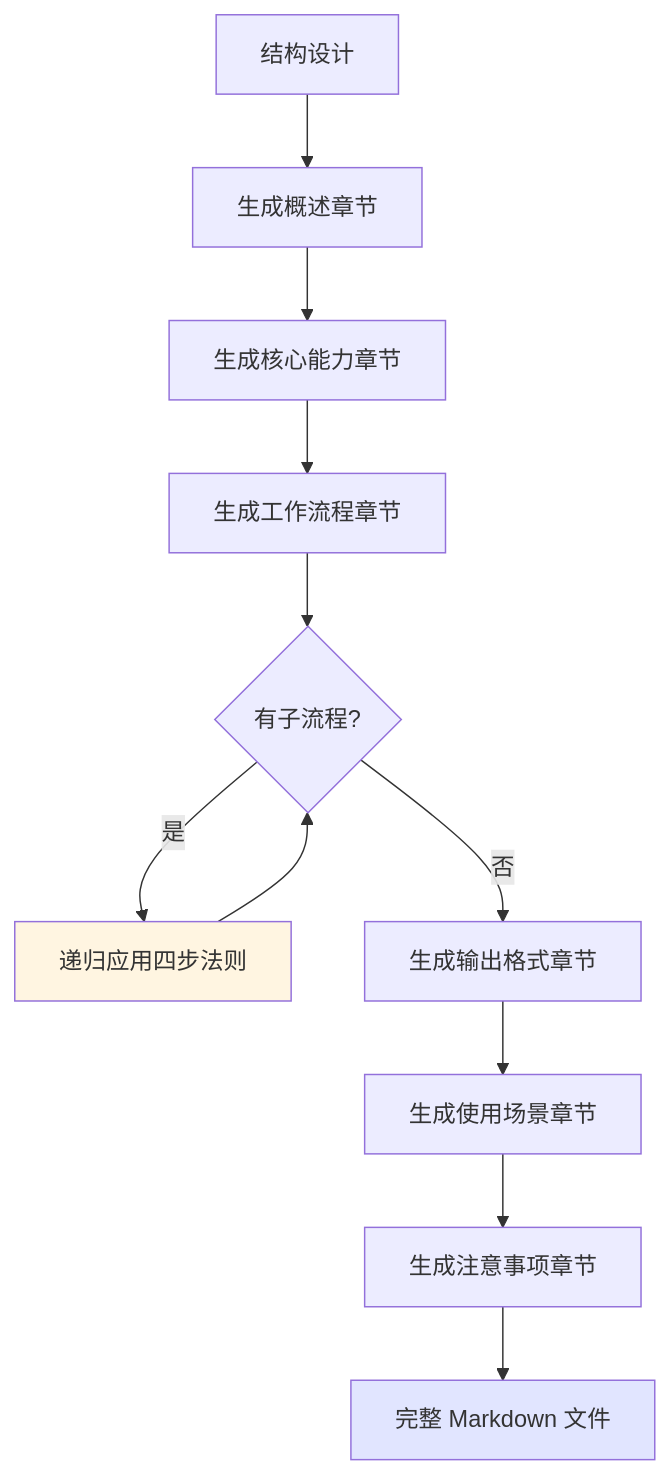
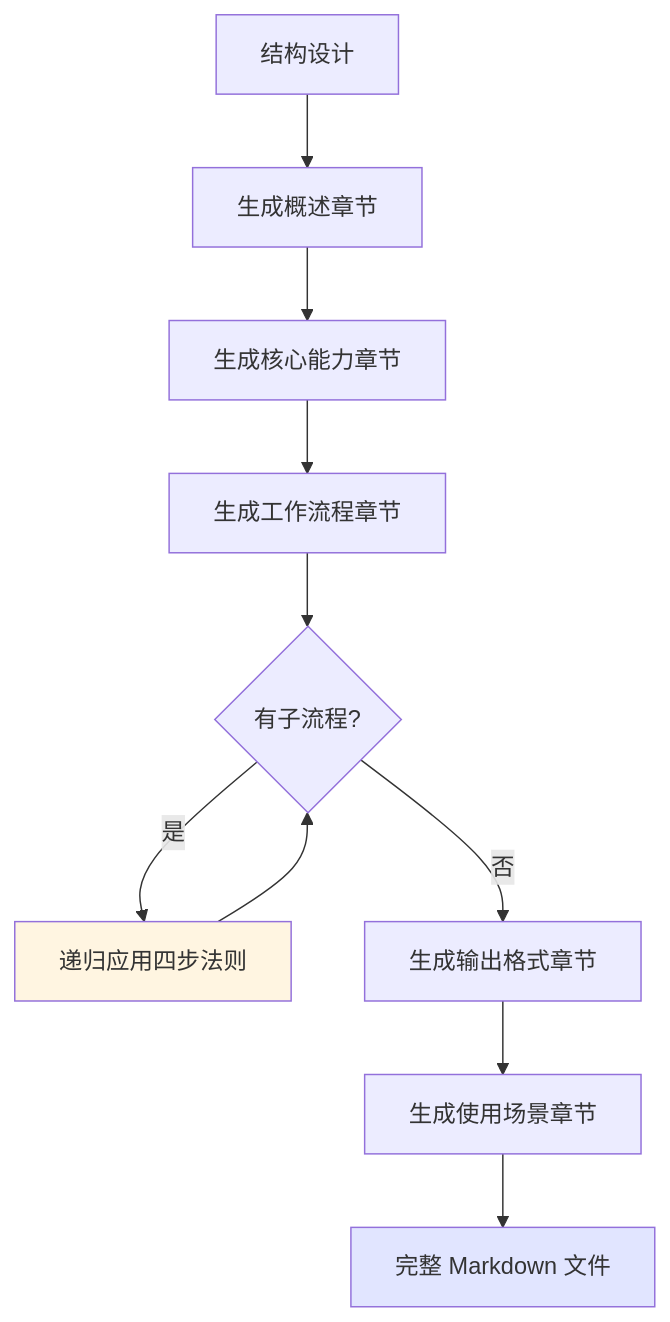
The fifth of 7 diagrams in agents/agent-generator.md (JIA-ss/agents), drawn with Mermaid before and after one commit. The commit also changed other lines of this file and 4 other files, not shown here.

````diff
--- a/agents/agent-generator.md
+++ b/agents/agent-generator.md
@@ -202,16 +157,15 @@
 ```mermaid
 flowchart TD
     Input[结构设计] --> Gen1[生成概述章节]
     Gen1 --> Gen2[生成核心能力章节]
     Gen2 --> Gen3[生成工作流程章节]
     Gen3 --> GenSub{有子流程?}
     GenSub -->|是| Recursive[递归应用四步法则]
     Recursive --> GenSub
     GenSub -->|否| Gen4[生成输出格式章节]
     Gen4 --> Gen5[生成使用场景章节]
-    Gen5 --> Gen6[生成注意事项章节]
-    Gen6 --> Output[完整 Markdown 文件]
+    Gen5 --> Output[完整 Markdown 文件]
 
     style Recursive fill:#fff5e1
     style Output fill:#e1e5ff
 ```
````
